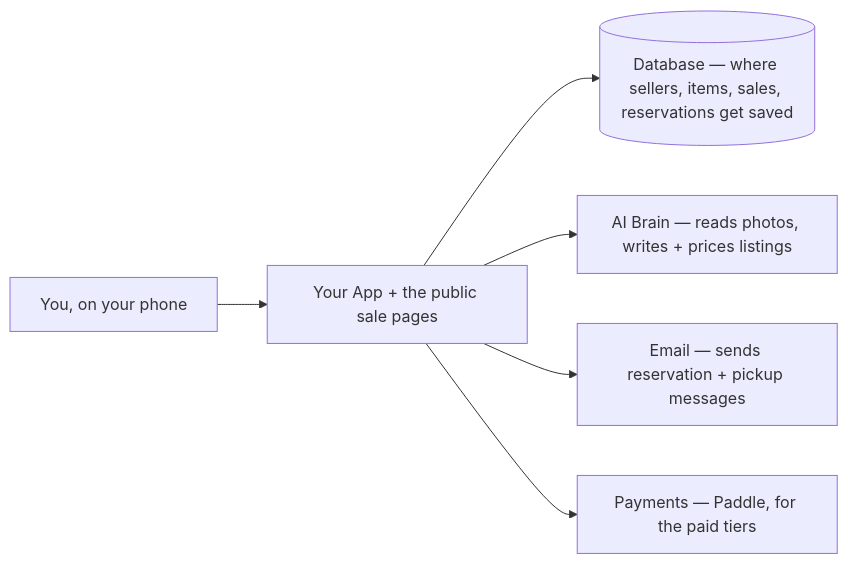
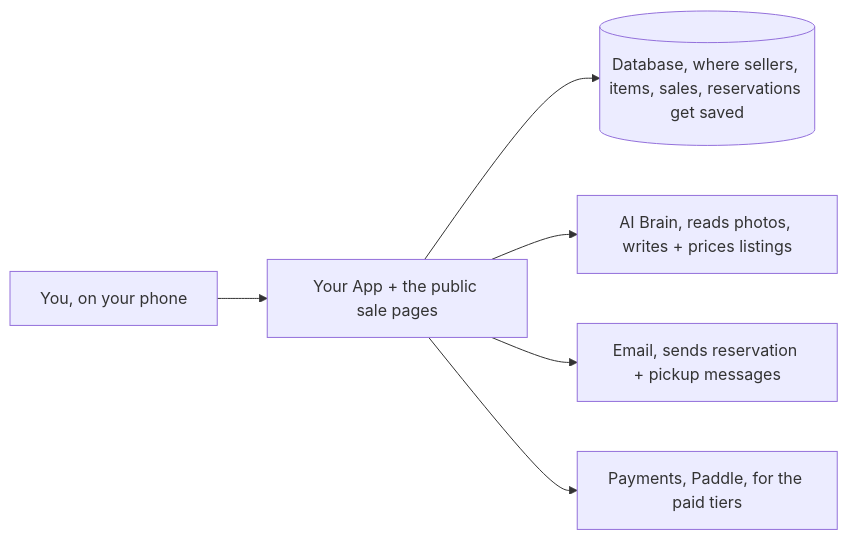
The fourth of 11 diagrams in examples/clearlist-session.md (TexasBedouin/vibe-check), drawn with Mermaid before and after one commit. The commit also changed other lines of this file and 27 other files, not shown here.

First line of the commit message:
release: v2.0.0 - Visual diagram system, Experience Blueprint spine, Crazy 8, confidence dial, wide-net discovery

````diff
--- a/examples/clearlist-session.md
+++ b/examples/clearlist-session.md
@@ -340,8 +340,8 @@
 ```mermaid
 flowchart LR
     U[You, on your phone] --> APP[Your App + the public sale pages]
-    APP --> DB[(Database — where sellers, items, sales, reservations get saved)]
-    APP --> AI[AI Brain — reads photos, writes + prices listings]
-    APP --> MAIL[Email — sends reservation + pickup messages]
-    APP --> PAY[Payments — Paddle, for the paid tiers]
+    APP --> DB[(Database, where sellers, items, sales, reservations get saved)]
+    APP --> AI[AI Brain, reads photos, writes + prices listings]
+    APP --> MAIL[Email, sends reservation + pickup messages]
+    APP --> PAY[Payments, Paddle, for the paid tiers]
 ```
````
